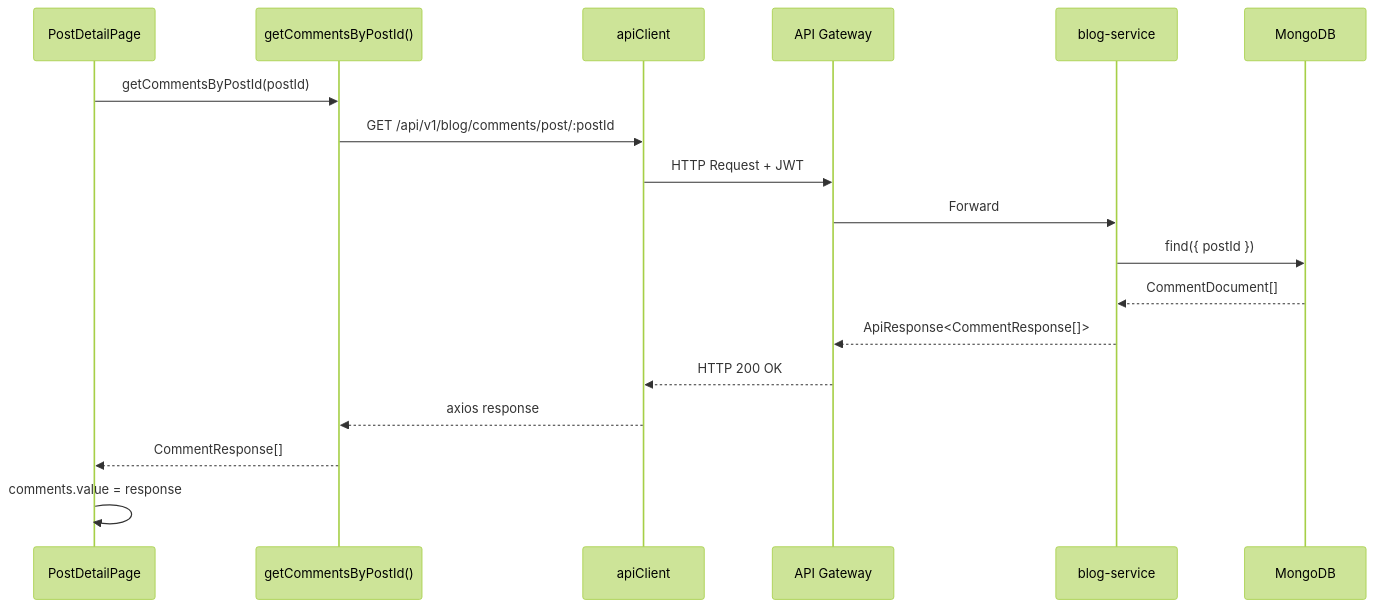
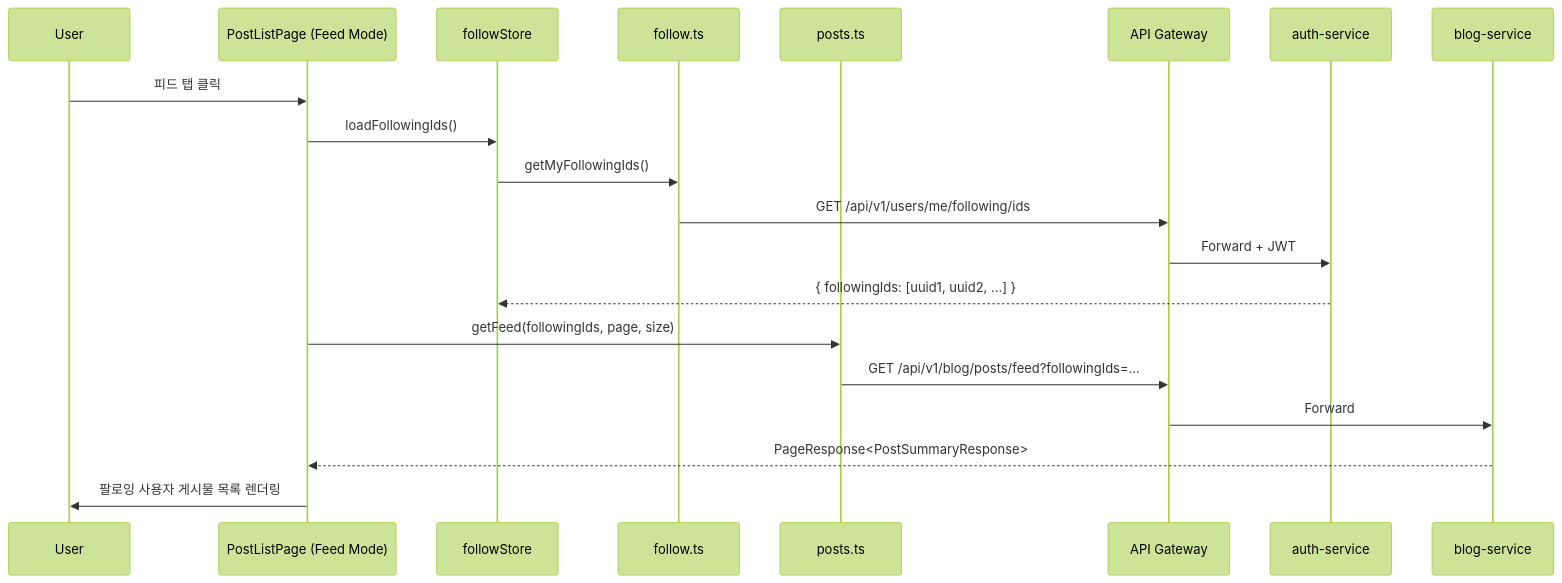
Before and after one commit to L-a-z-e/portal-universe: the seventh of 13 diagrams in docs/architecture/blog-frontend/data-flow.md, drawn with Mermaid (forest theme). The commit also changed other lines of this file and 3 other files, not shown here.

First line of the commit message:
docs(architecture): rewrite blog-frontend docs to match actual codebase

````diff
--- a/docs/architecture/blog-frontend/data-flow.md
+++ b/docs/architecture/blog-frontend/data-flow.md
@@ -195,21 +279,25 @@
 ```mermaid
 sequenceDiagram
-    participant C as PostDetailPage
-    participant A as getCommentsByPostId()
-    participant AC as apiClient
-    participant G as API Gateway
-    participant S as blog-service
-    participant D as MongoDB
+    participant U as User
+    participant C as PostListPage (Feed Mode)
+    participant FS as followStore
+    participant FAPI as follow.ts
+    participant PAPI as posts.ts
+    participant GW as API Gateway
+    participant AUTH as auth-service
+    participant BS as blog-service
 
-    C->>A: getCommentsByPostId(postId)
-    A->>AC: GET /api/v1/blog/comments/post/:postId
-    AC->>G: HTTP Request + JWT
-    G->>S: Forward
-    S->>D: find({ postId })
-    D-->>S: CommentDocument[]
-    S-->>G: ApiResponse<CommentResponse[]>
-    G-->>AC: HTTP 200 OK
-    AC-->>A: axios response
-    A-->>C: CommentResponse[]
-    C->>C: comments.value = response
+    U->>C: 피드 탭 클릭
+    C->>FS: loadFollowingIds()
+    FS->>FAPI: getMyFollowingIds()
+    FAPI->>GW: GET /api/v1/users/me/following/ids
+    GW->>AUTH: Forward + JWT
+    AUTH-->>FS: { followingIds: [uuid1, uuid2, ...] }
+
+    C->>PAPI: getFeed(followingIds, page, size)
+    PAPI->>GW: GET /api/v1/blog/posts/feed?followingIds=...
+    GW->>BS: Forward
+    BS-->>C: PageResponse<PostSummaryResponse>
+
+    C->>U: 팔로잉 사용자 게시물 목록 렌더링
 ```
````
